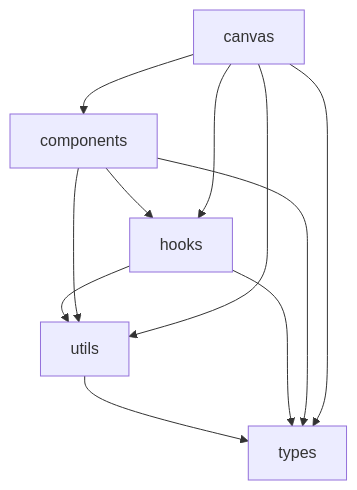
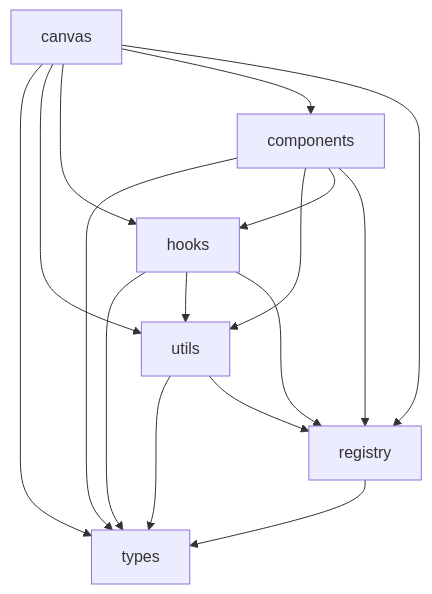
One commit to gznnk/json-draw-prealpha changed the first of 3 diagrams in src/features/svg-canvas/MODULE_DEPENDENCY_RULES.md. Above: the diagram before and after it, drawn with Mermaid. The commit also changed 3 other files, not shown here.

````diff
--- a/src/features/svg-canvas/MODULE_DEPENDENCY_RULES.md
+++ b/src/features/svg-canvas/MODULE_DEPENDENCY_RULES.md
@@ -4,13 +4,18 @@
 ```mermaid
 graph TD
+    registry --> types
     utils --> types
+    utils --> registry
     hooks --> types
     hooks --> utils
+    hooks --> registry
     components --> types
     components --> utils
     components --> hooks
+    components --> registry
     canvas --> types
     canvas --> utils
     canvas --> hooks
     canvas --> components
+    canvas --> registry
 ```
````
